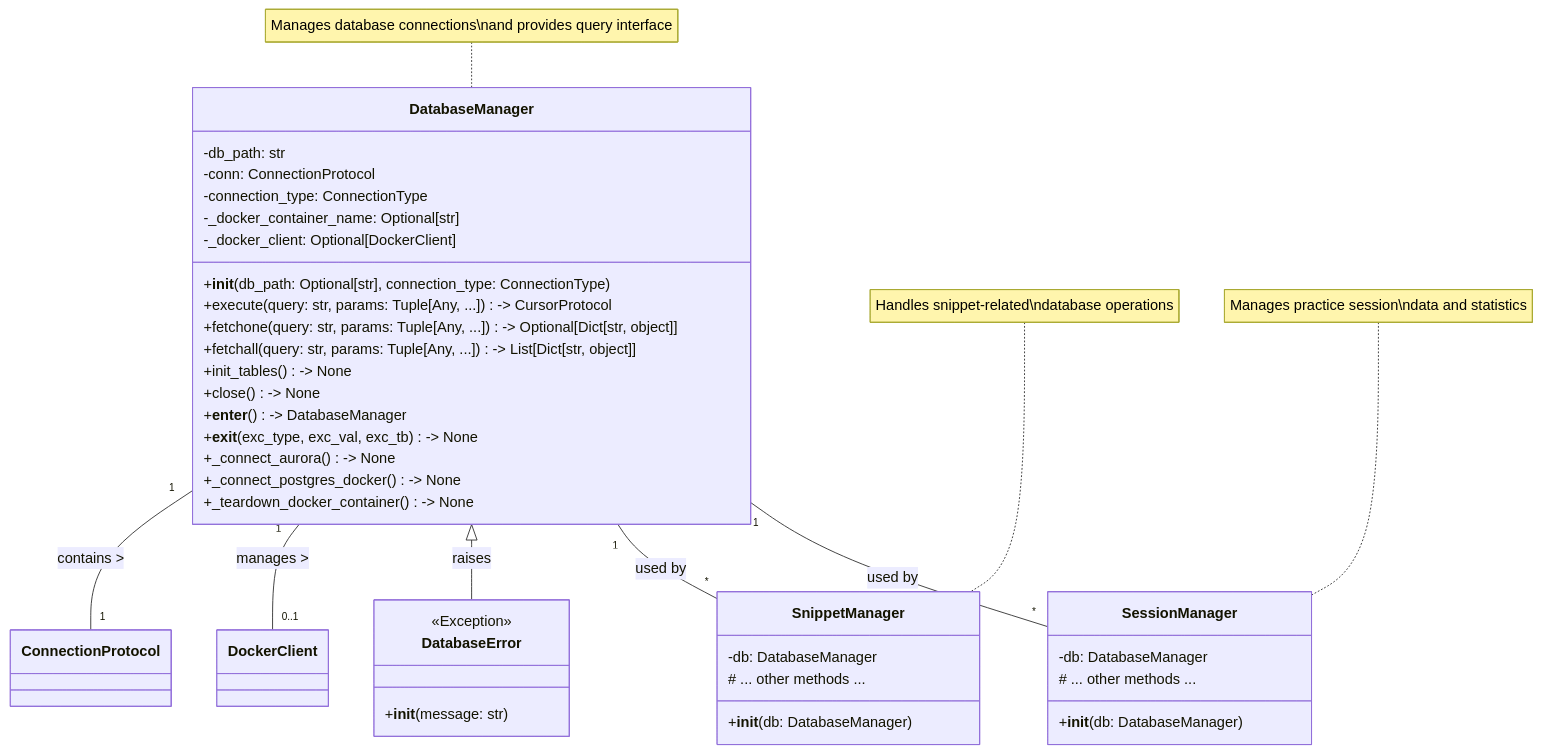
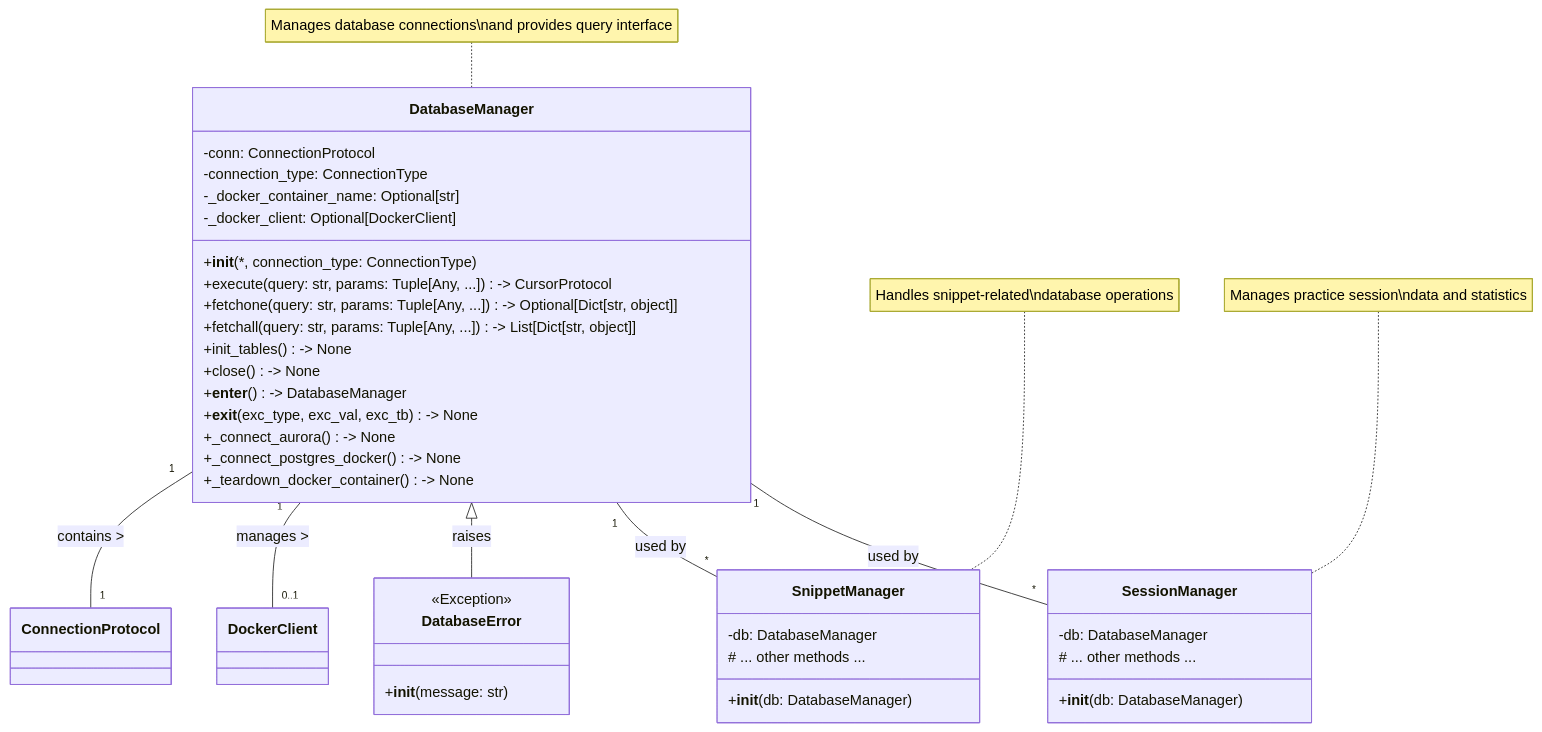
Before and after one commit to SeanAdams10/AITypingTrainer: the first of 2 diagrams in Requirements/DatabaseManager_req.md, drawn with Mermaid. The commit also changed other lines of this file and 44 other files, not shown here.

````diff
--- a/Requirements/DatabaseManager_req.md
+++ b/Requirements/DatabaseManager_req.md
@@ -9,48 +9,47 @@
 ```mermaid
 classDiagram
     class DatabaseManager {
-        -db_path: str
         -conn: ConnectionProtocol
         -connection_type: ConnectionType
         -_docker_container_name: Optional[str]
         -_docker_client: Optional[DockerClient]
-        +__init__(db_path: Optional[str], connection_type: ConnectionType)
+        +__init__(*, connection_type: ConnectionType)
         +execute(query: str, params: Tuple[Any, ...]) -> CursorProtocol
         +fetchone(query: str, params: Tuple[Any, ...]) -> Optional[Dict[str, object]]
         +fetchall(query: str, params: Tuple[Any, ...]) -> List[Dict[str, object]]
         +init_tables() -> None
         +close() -> None
         +__enter__() -> DatabaseManager
         +__exit__(exc_type, exc_val, exc_tb) -> None
         +_connect_aurora() -> None
         +_connect_postgres_docker() -> None
         +_teardown_docker_container() -> None
     }
     
     class SnippetManager {
         -db: DatabaseManager
         +__init__(db: DatabaseManager)
         # ... other methods ...
     }
     
     class SessionManager {
         -db: DatabaseManager
         +__init__(db: DatabaseManager)
         # ... other methods ...
     }
     
     class DatabaseError {
         <<Exception>>
         +__init__(message: str)
     }
     
     DatabaseManager "1" -- "1" ConnectionProtocol : contains >
     DatabaseManager "1" -- "0..1" DockerClient : manages >
     DatabaseManager <|-- DatabaseError : raises
     DatabaseManager "1" -- "*" SnippetManager : used by
     DatabaseManager "1" -- "*" SessionManager : used by
     
     note for DatabaseManager "Manages database connections\nand provides query interface"
     note for SnippetManager "Handles snippet-related\ndatabase operations"
     note for SessionManager "Manages practice session\ndata and statistics"
 ```
````
